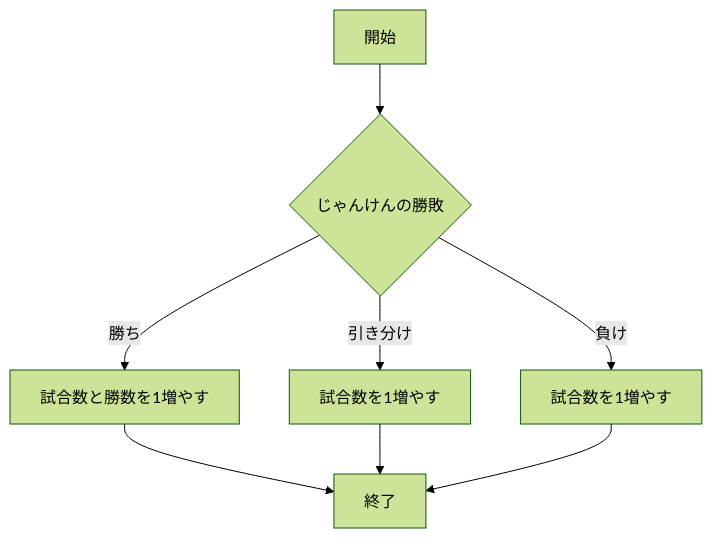
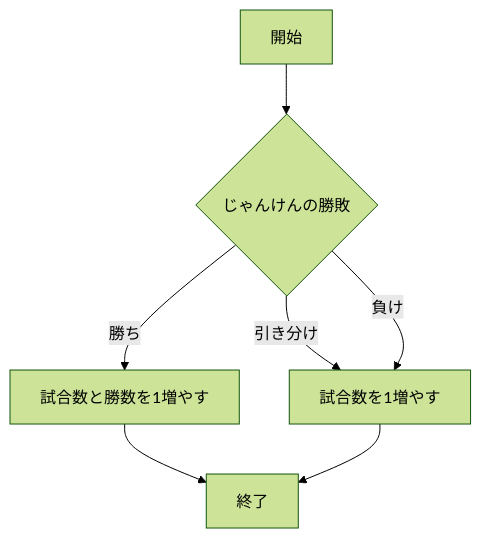
One commit to suzuki-ryoto/webpro_06 changed the first of 3 diagrams in README.md. Above: the diagram before and after it, drawn with Mermaid (forest theme). The commit also changed other lines of this file and 6 other files, not shown here.

````diff
--- a/README.md
+++ b/README.md
@@ -54,20 +59,18 @@
 ```mermaid
 flowchart TD;
 
 start["開始"];
 end1["終了"]
 if{"じゃんけんの勝敗"}
 win["試合数と勝数を1増やす"]
-loose["試合数を1増やす"]
 draw["試合数を1増やす"]
 
 
 start --> if
 if -->|勝ち| win
 win --> end1
 if -->|引き分け| draw
 draw --> end1
-if --> |負け| loose
-loose --> end1
+if --> |負け| draw
 
 ```
````
